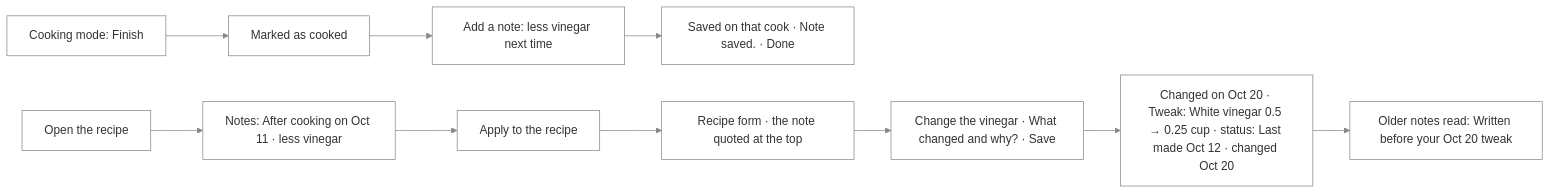
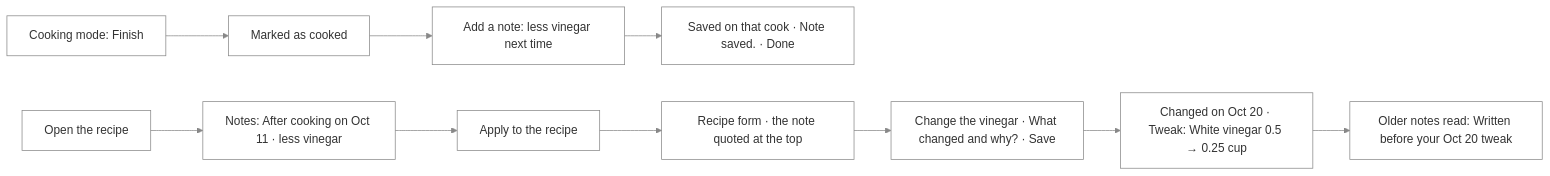
Diagram 47 of 54 in src/apps/pinch/UX.md (NovaMoonX/moondreams-dev-apps), drawn with Mermaid before and after one commit. The commit also changed other lines of this file, not shown here.

First line of the commit message:
Pinch audit docs, pass 2: UX.md follows the last four workstreams

````diff
--- a/src/apps/pinch/UX.md
+++ b/src/apps/pinch/UX.md
@@ -1421,12 +1433,12 @@
 ```mermaid
 %%{init: {'theme': 'base', 'themeVariables': {'primaryColor': 'transparent', 'clusterBkg': 'transparent', 'primaryBorderColor': '#888888', 'clusterBorder': '#888888', 'lineColor': '#888888', 'primaryTextColor': '#333333'}}}%%
 flowchart LR
     A["Cooking mode: Finish"] --> C["Marked as cooked"] --> D["Add a note: less vinegar next time"]
     D --> E["Saved on that cook · Note saved. · Done"]
     F["Open the recipe"] --> G["Notes: After cooking on Oct 11 · less vinegar"]
     G --> H["Apply to the recipe"]
     H --> I["Recipe form · the note quoted at the top"]
     I --> J["Change the vinegar · What changed and why? · Save"]
-    J --> K["Changed on Oct 20 · Tweak: White vinegar 0.5 → 0.25 cup · status: Last made Oct 12 · changed Oct 20"]
+    J --> K["Changed on Oct 20 · Tweak: White vinegar 0.5 → 0.25 cup"]
     K --> L["Older notes read: Written before your Oct 20 tweak"]
 ```
````
